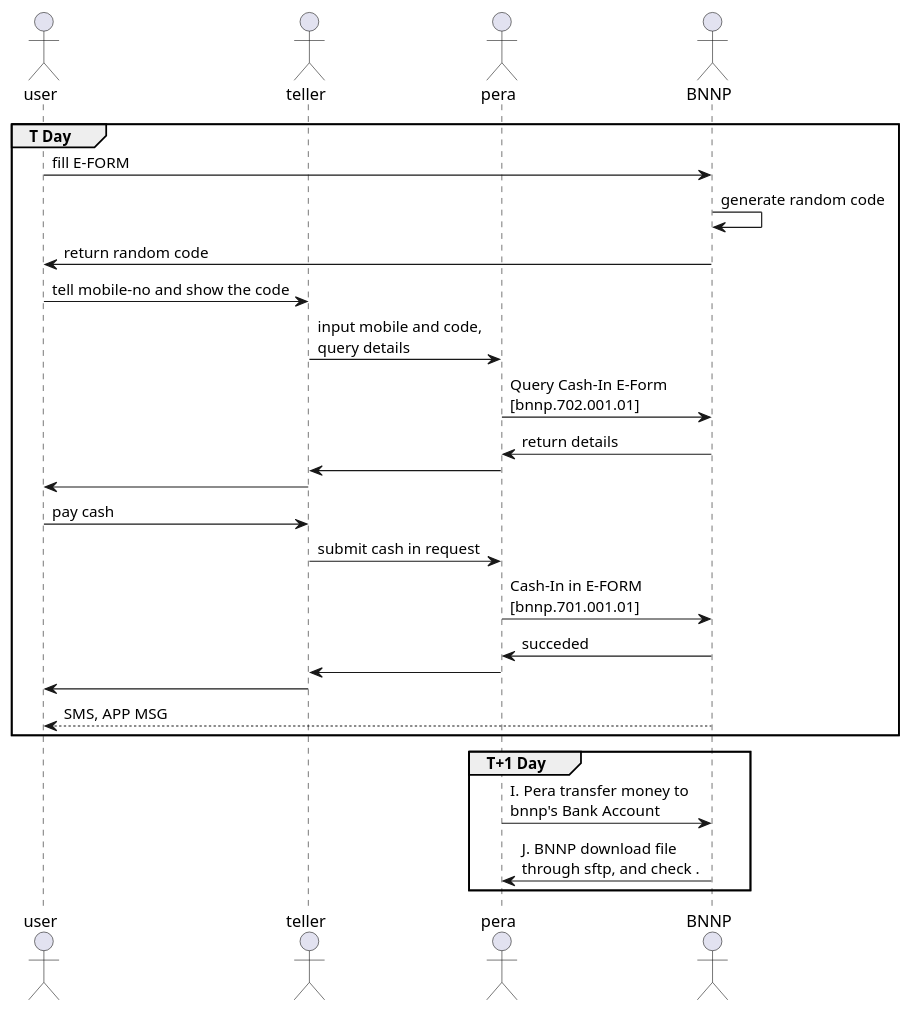
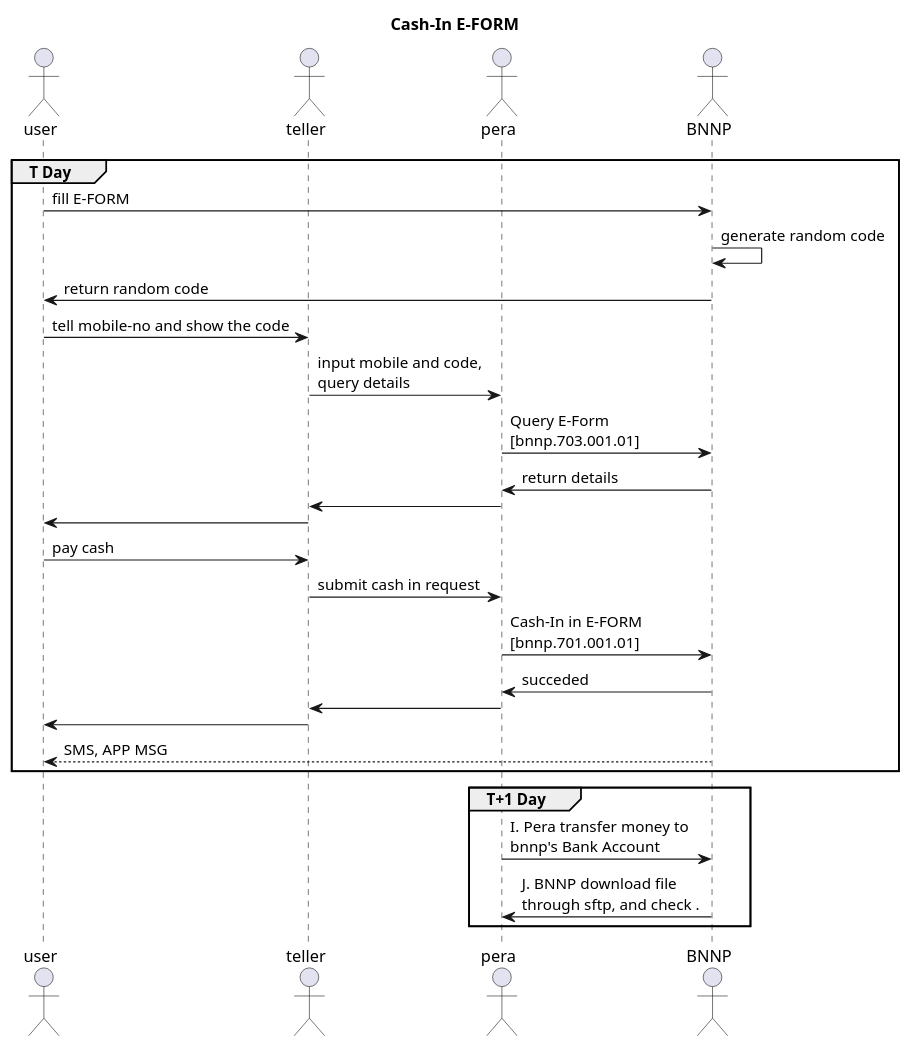
One commit to nbydi/some_documents changed the sixth of 7 diagrams in bnnp_docs/02 外部接口/pera-hub/sequence.wsd. Above: the diagram before and after it, drawn with PlantUML. The commit also changed other lines of this file and 1 other file, not shown here.

Commit message:
新增了线下 CashOut 的描述。

```diff
--- a/bnnp_docs/02 外部接口/pera-hub/sequence.wsd
+++ b/bnnp_docs/02 外部接口/pera-hub/sequence.wsd
@@ -54,28 +81,29 @@
 @startuml
+title Cash-In E-FORM
 actor user
 actor teller
 actor pera
 actor BNNP
 group T Day
 user -> BNNP:fill E-FORM
 BNNP -> BNNP:generate random code
 BNNP -> user:return random code
 user -> teller: tell mobile-no and show the code
 teller -> pera: input mobile and code,\nquery details
-pera -> BNNP:Query Cash-In E-Form\n[bnnp.702.001.01]
+pera -> BNNP:Query E-Form\n[bnnp.703.001.01]
 BNNP -> pera:return details
 pera -> teller:
 teller -> user:
 user -> teller:pay cash
 teller -> pera:submit cash in request
 pera-> BNNP:Cash-In in E-FORM\n[bnnp.701.001.01]
 BNNP ->pera:succeded
 pera->teller
 teller->user
 BNNP --> user:SMS, APP MSG
 end
 group T+1 Day
 pera -> BNNP : I. Pera transfer money to \nbnnp's Bank Account
 BNNP -> pera : J. BNNP download file \nthrough sftp, and check .
 end
 @end
```
